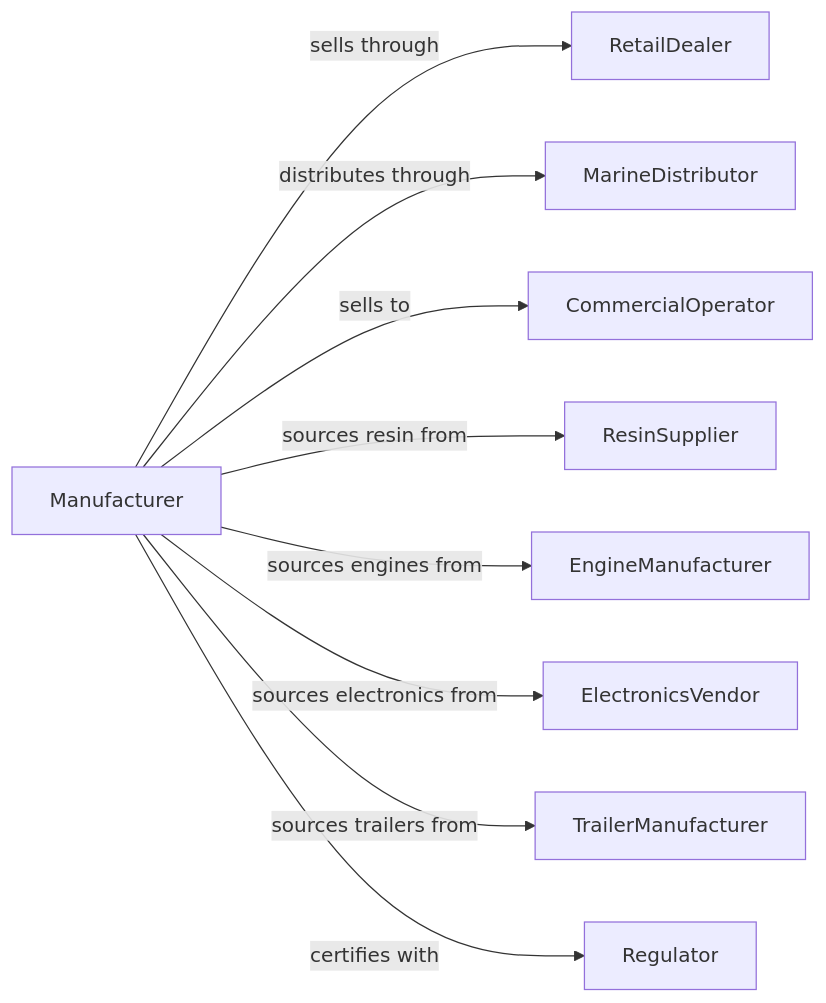
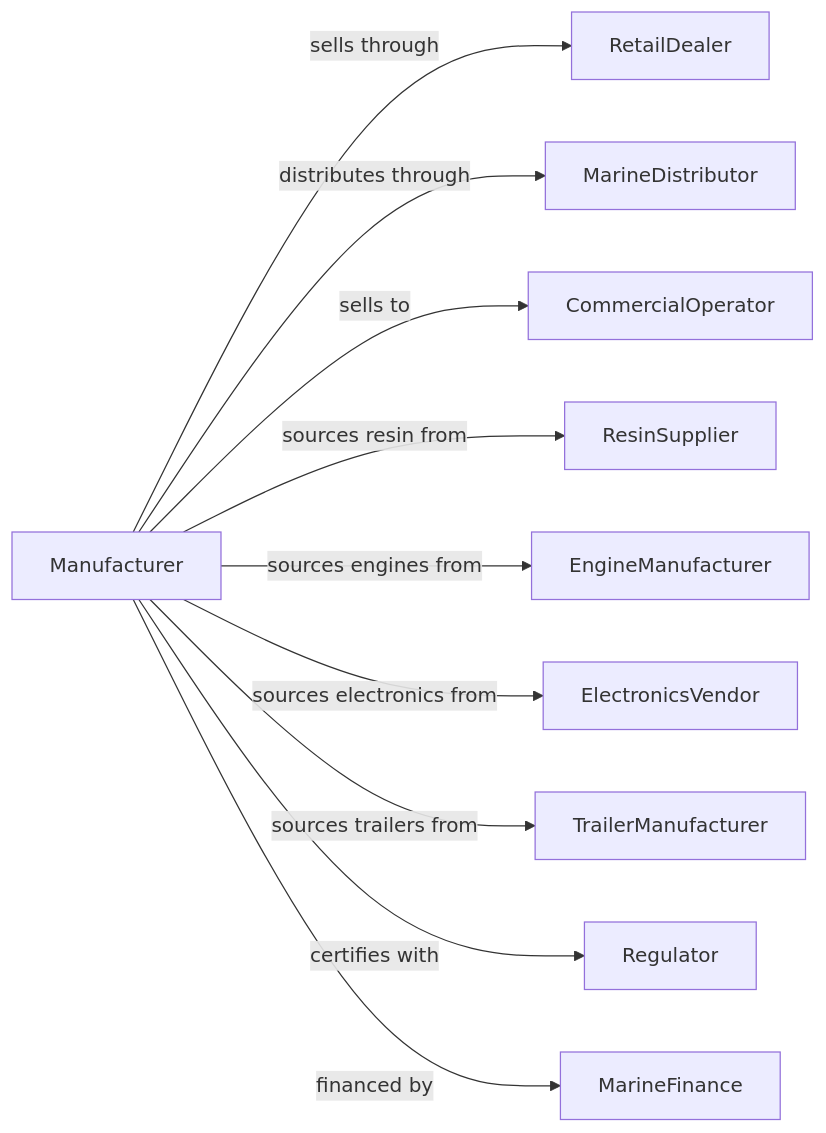
The second of 2 diagrams in Manufacturing/TransportationEquipmentManufacturing/ShipAndBoatBuilding/BoatBuilding.mdx (dot-org-ai/industries.org.ai), drawn with Mermaid before and after one commit. The commit also changed 588 other files, not shown here.

````diff
--- a/Manufacturing/TransportationEquipmentManufacturing/ShipAndBoatBuilding/BoatBuilding.mdx
+++ b/Manufacturing/TransportationEquipmentManufacturing/ShipAndBoatBuilding/BoatBuilding.mdx
@@ -129,13 +129,14 @@
 ```mermaid
 graph LR
     M[Manufacturer]
 
     M -->|sells through| RetailDealer
     M -->|distributes through| MarineDistributor
     M -->|sells to| CommercialOperator
     M -->|sources resin from| ResinSupplier
     M -->|sources engines from| EngineManufacturer
     M -->|sources electronics from| ElectronicsVendor
     M -->|sources trailers from| TrailerManufacturer
     M -->|certifies with| Regulator
+    M -->|financed by| MarineFinance
 ```
````
